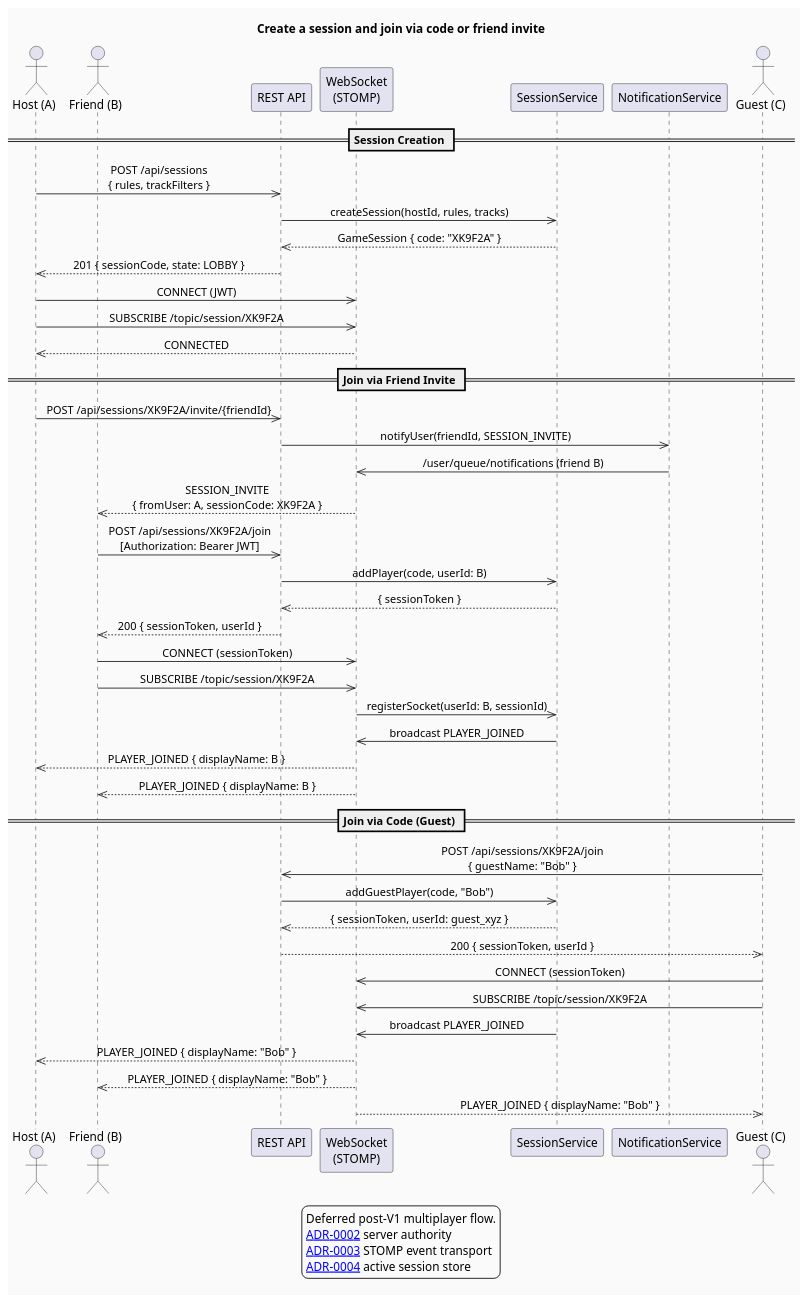
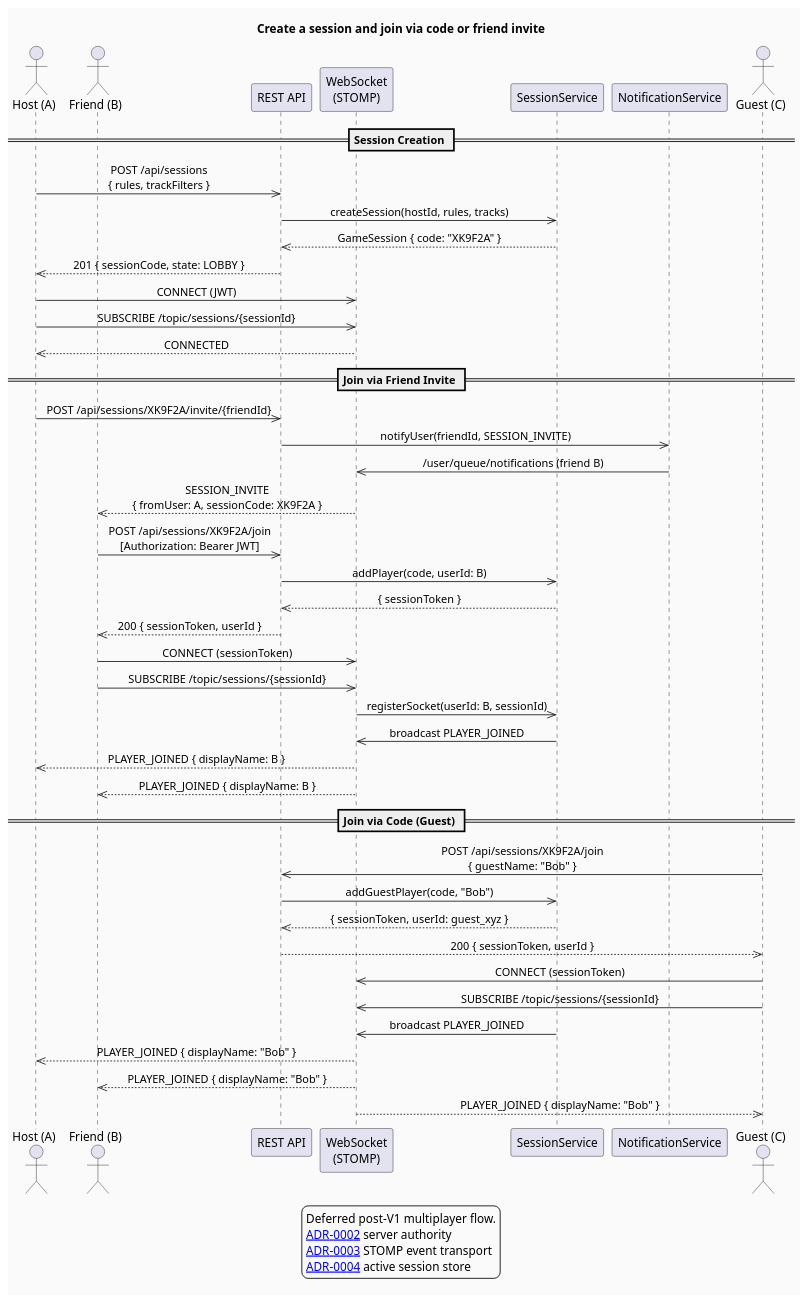
The first of 5 diagrams in docs/diagrams/04-sequences.puml (CyprienJ/blindTest), drawn with PlantUML before and after one commit. The commit also changed other lines of this file and 21 other files, not shown here.

```diff
--- a/docs/diagrams/04-sequences.puml
+++ b/docs/diagrams/04-sequences.puml
@@ -1,67 +1,67 @@
 @startuml Sequence - Create and Join a Session
 ' Deferred multiplayer scenario. ADR-0002, ADR-0003, and ADR-0004 govern the
 ' server-authoritative state, STOMP transport, and replaceable active store.
 title Create a session and join via code or friend invite
 skinparam backgroundColor #FAFAFA
 skinparam sequenceMessageAlign center
 
 actor "Host (A)" as host
 actor "Friend (B)" as friend
 participant "REST API" as rest
 participant "WebSocket\n(STOMP)" as ws
 participant "SessionService" as ss
 participant "NotificationService" as ns
 
 legend bottom
   Deferred post-V1 multiplayer flow.
   [[../adr/0002-server-authoritative-sessions.md ADR-0002]] server authority
   [[../adr/0003-stomp-for-game-events-from-v1.md ADR-0003]] STOMP event transport
   [[../adr/0004-in-memory-session-store.md ADR-0004]] active session store
 endlegend
 
 == Session Creation ==
 
 host ->> rest : POST /api/sessions\n{ rules, trackFilters }
 rest ->> ss : createSession(hostId, rules, tracks)
 ss -->> rest : GameSession { code: "XK9F2A" }
 rest -->> host : 201 { sessionCode, state: LOBBY }
 
 host ->> ws : CONNECT (JWT)
-host ->> ws : SUBSCRIBE /topic/session/XK9F2A
+host ->> ws : SUBSCRIBE /topic/sessions/{sessionId}
 ws -->> host : CONNECTED
 
 == Join via Friend Invite ==
 
 host ->> rest : POST /api/sessions/XK9F2A/invite/{friendId}
 rest ->> ns : notifyUser(friendId, SESSION_INVITE)
 ns ->> ws : /user/queue/notifications (friend B)
 ws -->> friend : SESSION_INVITE\n{ fromUser: A, sessionCode: XK9F2A }
 
 friend ->> rest : POST /api/sessions/XK9F2A/join\n[Authorization: Bearer JWT]
 rest ->> ss : addPlayer(code, userId: B)
 ss -->> rest : { sessionToken }
 rest -->> friend : 200 { sessionToken, userId }
 
 friend ->> ws : CONNECT (sessionToken)
-friend ->> ws : SUBSCRIBE /topic/session/XK9F2A
+friend ->> ws : SUBSCRIBE /topic/sessions/{sessionId}
 ws ->> ss : registerSocket(userId: B, sessionId)
 ss ->> ws : broadcast PLAYER_JOINED
 ws -->> host : PLAYER_JOINED { displayName: B }
 ws -->> friend : PLAYER_JOINED { displayName: B }
 
 == Join via Code (Guest) ==
 
 actor "Guest (C)" as guest
 guest ->> rest : POST /api/sessions/XK9F2A/join\n{ guestName: "Bob" }
 rest ->> ss : addGuestPlayer(code, "Bob")
 ss -->> rest : { sessionToken, userId: guest_xyz }
 rest -->> guest : 200 { sessionToken, userId }
 
 guest ->> ws : CONNECT (sessionToken)
-guest ->> ws : SUBSCRIBE /topic/session/XK9F2A
+guest ->> ws : SUBSCRIBE /topic/sessions/{sessionId}
 ss ->> ws : broadcast PLAYER_JOINED
 ws -->> host : PLAYER_JOINED { displayName: "Bob" }
 ws -->> friend : PLAYER_JOINED { displayName: "Bob" }
 ws -->> guest : PLAYER_JOINED { displayName: "Bob" }
 
 @enduml
```
